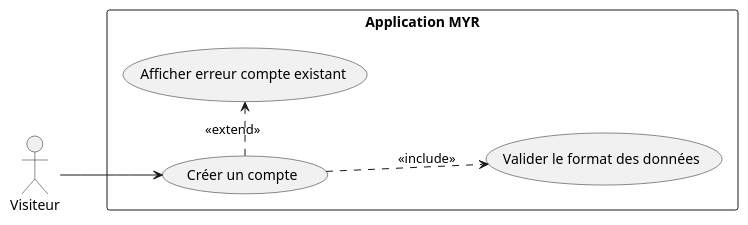
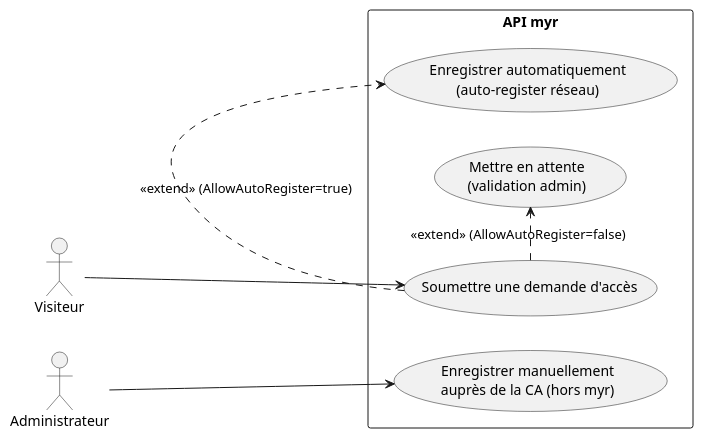
Before and after one commit to olivaux/myr: the first of 2 diagrams in specs/2-Analyse/UCA-Compte_et_Acces/UCA01.md, drawn with PlantUML. The commit also changed other lines of this file and 72 other files, not shown here.

````diff
--- a/specs/2-Analyse/UCA-Compte_et_Acces/UCA01.md
+++ b/specs/2-Analyse/UCA-Compte_et_Acces/UCA01.md
@@ -14,18 +14,21 @@
 ```plantuml
 @startuml
 left to right direction
 
 actor "Visiteur" as V
+actor "Administrateur" as ADM
 
-rectangle "Application MYR" {
-    usecase "Créer un compte" as UC1
-    usecase "Valider le format des données" as UC2
-    usecase "Afficher erreur compte existant" as UC3
+rectangle "API myr" {
+    usecase "Soumettre une demande d'accès" as UC1
+    usecase "Enregistrer automatiquement\n(auto-register réseau)" as UC2
+    usecase "Mettre en attente\n(validation admin)" as UC3
+    usecase "Enregistrer manuellement\nauprès de la CA (hors myr)" as UC4
 }
 
 V --> UC1
-UC1 ..> UC2 : <<include>>
-UC1 .> UC3 : <<extend>>
+UC1 .> UC2 : <<extend>> (AllowAutoRegister=true)
+UC1 .> UC3 : <<extend>> (AllowAutoRegister=false)
+ADM --> UC4
 
 @enduml
 ```
````
